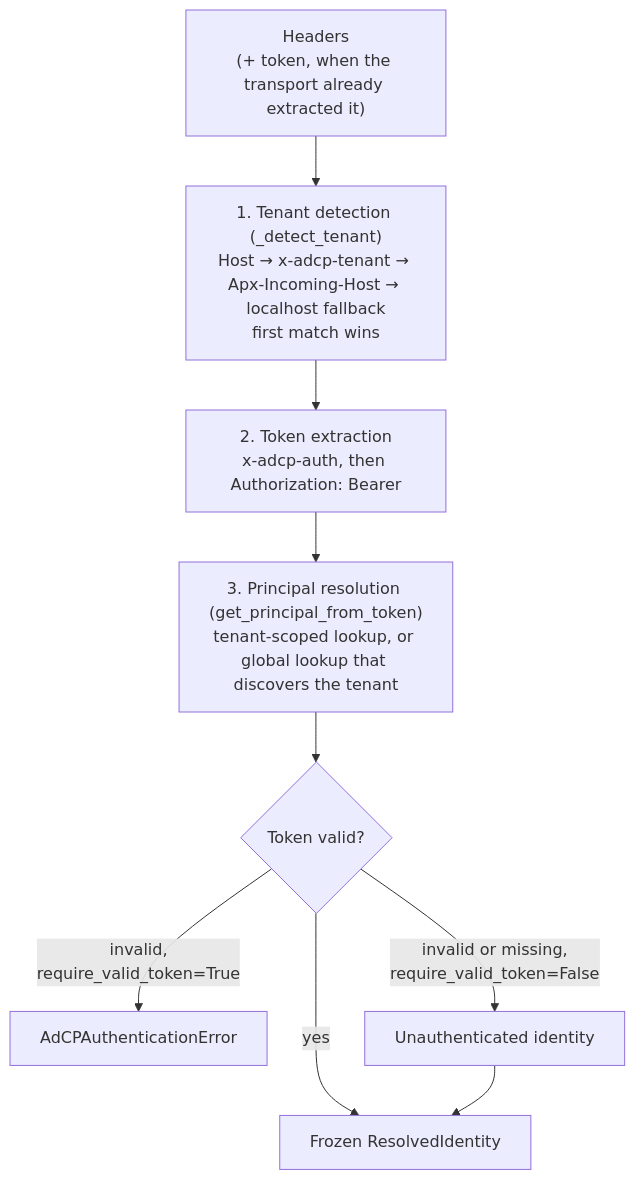
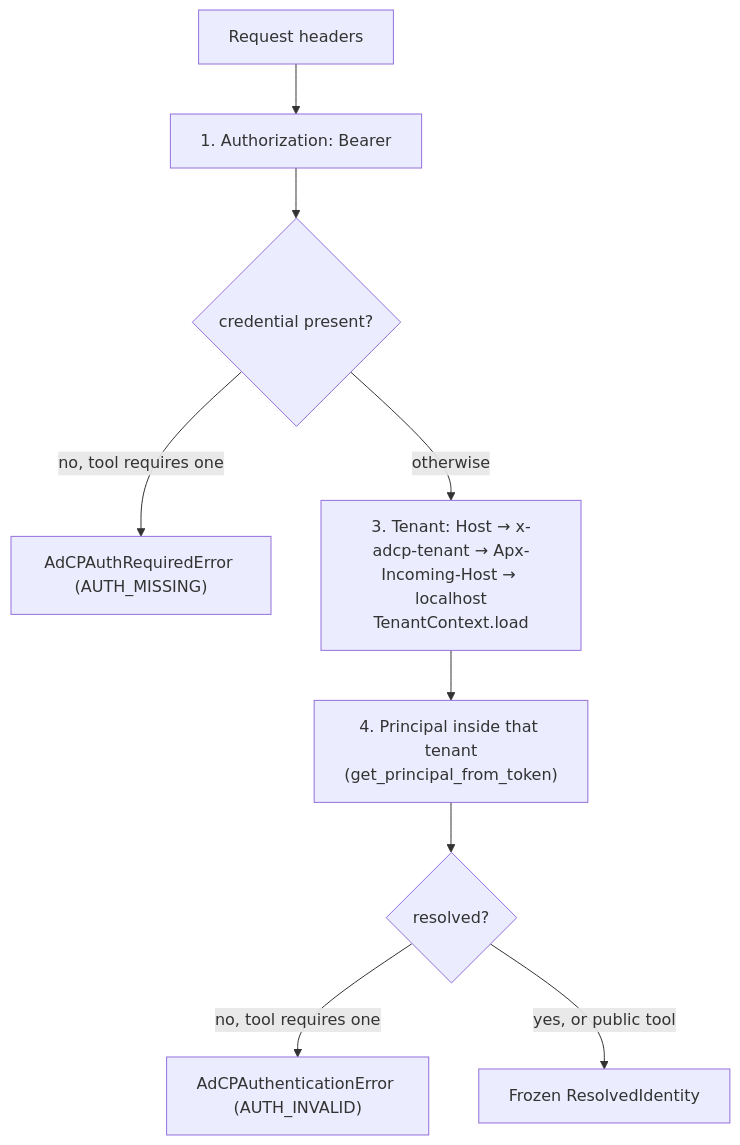
The second of 3 diagrams in docs/development/request-lifecycle.md (KonstantinMirin/prebid-salesagent), drawn with Mermaid before and after one commit. The commit also changed other lines of this file and 59 other files, not shown here.

````diff
--- a/docs/development/request-lifecycle.md
+++ b/docs/development/request-lifecycle.md
@@ -169,12 +135,11 @@
 ```mermaid
 flowchart TD
-    hdrs["Headers\n(+ token, when the transport already extracted it)"]
-    hdrs --> tenant["1. Tenant detection (_detect_tenant)\nHost → x-adcp-tenant → Apx-Incoming-Host → localhost fallback\nfirst match wins"]
-    tenant --> token["2. Token extraction\nx-adcp-auth, then Authorization: Bearer"]
-    token --> principal["3. Principal resolution (get_principal_from_token)\ntenant-scoped lookup, or global lookup that discovers the tenant"]
-    principal --> valid{"Token valid?"}
-    valid -->|"yes"| rid["Frozen ResolvedIdentity"]
-    valid -->|"invalid,\nrequire_valid_token=True"| err["AdCPAuthenticationError"]
-    valid -->|"invalid or missing,\nrequire_valid_token=False"| unauth["Unauthenticated identity"]
-    unauth --> rid
+    hdrs["Request headers"] --> token["1. Authorization: Bearer"]
+    token --> missing{"credential present?"}
+    missing -->|"no, tool requires one"| am["AdCPAuthRequiredError (AUTH_MISSING)"]
+    missing -->|"otherwise"| tenant["3. Tenant: Host → x-adcp-tenant → Apx-Incoming-Host → localhost\nTenantContext.load"]
+    tenant --> principal["4. Principal inside that tenant\n(get_principal_from_token)"]
+    principal --> valid{"resolved?"}
+    valid -->|"no, tool requires one"| ai["AdCPAuthenticationError (AUTH_INVALID)"]
+    valid -->|"yes, or public tool"| rid["Frozen ResolvedIdentity"]
 ```
````
